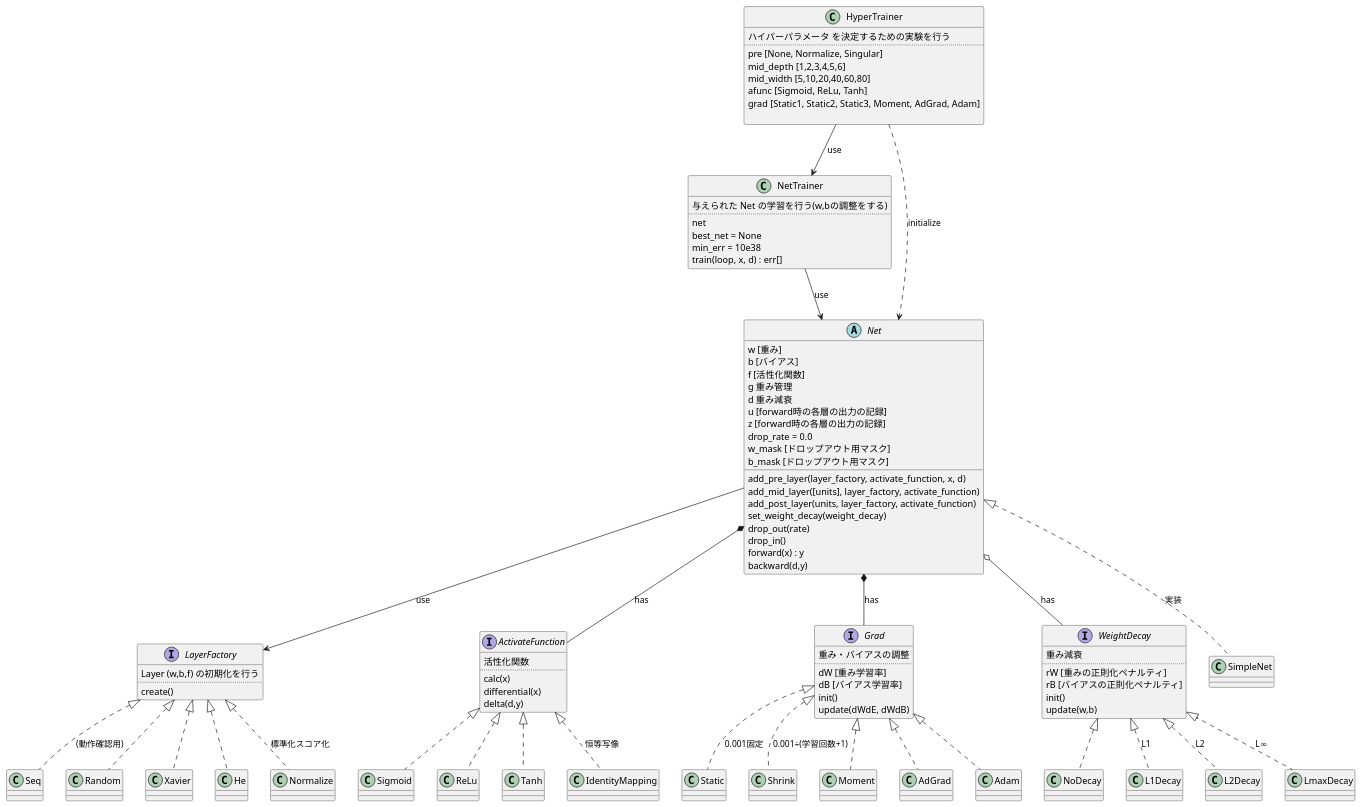
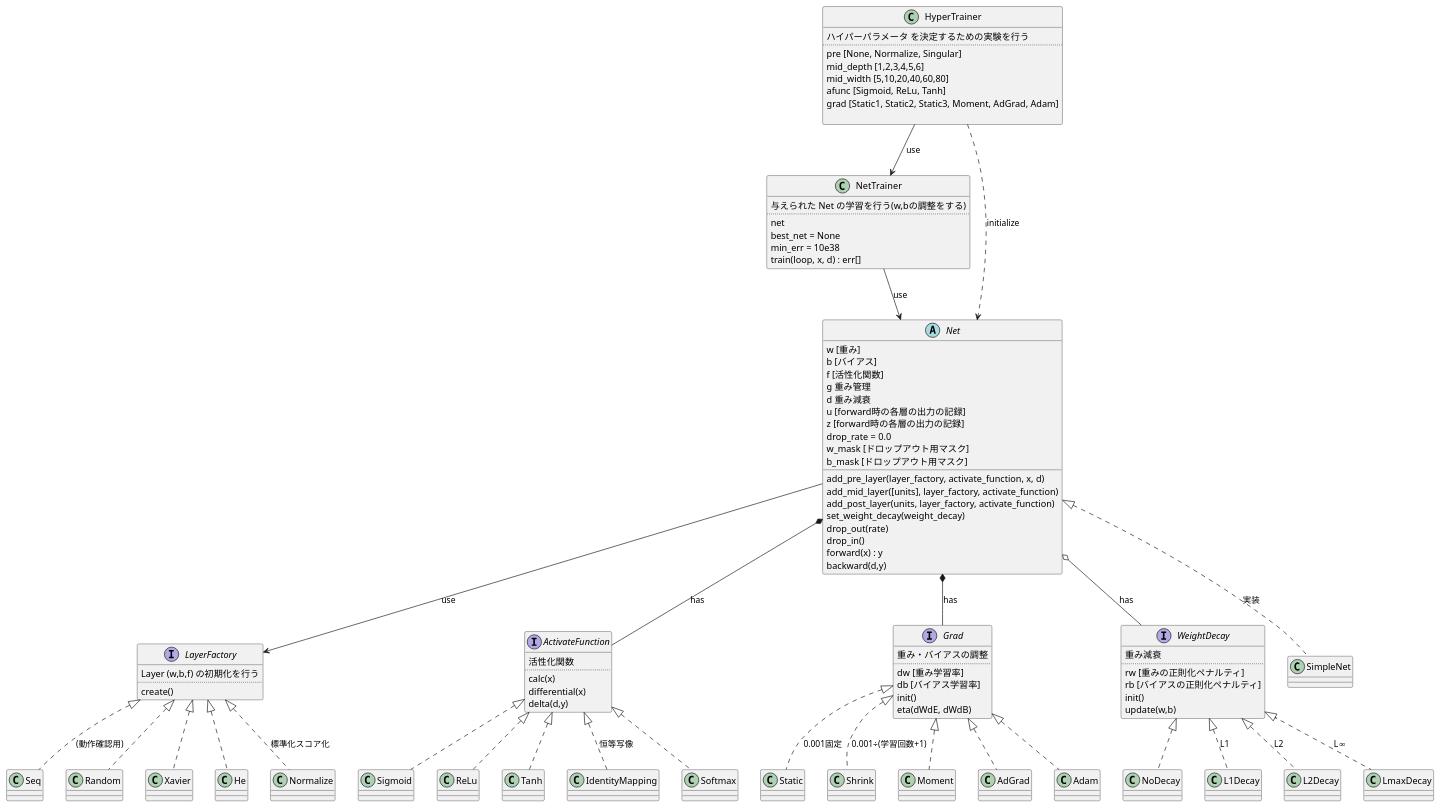
The diagram in docs/class.puml (kagyuu/ai-chan), drawn with PlantUML before and after one commit. The commit also changed 14 other files, not shown here.

```diff
--- a/docs/class.puml
+++ b/docs/class.puml
@@ -1,110 +1,111 @@
 @startuml
 
 class HyperTrainer {
   ハイパーパラメータ を決定するための実験を行う
   ..
   pre [None, Normalize, Singular]
   mid_depth [1,2,3,4,5,6]
   mid_width [5,10,20,40,60,80]
   afunc [Sigmoid, ReLu, Tanh]
   grad [Static1, Static2, Static3, Moment, AdGrad, Adam]
 
 }
 
 class NetTrainer {
   与えられた Net の学習を行う(w,bの調整をする)
   ..
   net
   best_net = None
   min_err = 10e38
   train(loop, x, d) : err[]
 }
 
 abstract class Net {
 w [重み]
 b [バイアス]
 f [活性化関数]
 g 重み管理
 d 重み減衰
 u [forward時の各層の出力の記録]
 z [forward時の各層の出力の記録]
 drop_rate = 0.0
 w_mask [ドロップアウト用マスク]
 b_mask [ドロップアウト用マスク]
 add_pre_layer(layer_factory, activate_function, x, d)
 add_mid_layer([units], layer_factory, activate_function)
 add_post_layer(units, layer_factory, activate_function)
 set_weight_decay(weight_decay)
 drop_out(rate)
 drop_in()
 forward(x) : y
 backward(d,y)
 }
 
 interface LayerFactory {
 Layer (w,b,f) の初期化を行う
 ..
 create()
 }
 
 interface ActivateFunction{
 活性化関数
 ..
 calc(x)
 differential(x)
 delta(d,y)
 }
 
 interface Grad {
 重み・バイアスの調整
 ..
-dW [重み学習率]
-dB [バイアス学習率]
+dw [重み学習率]
+db [バイアス学習率]
 init()
-update(dWdE, dWdB)
+eta(dWdE, dWdB)
 }
 
 interface WeightDecay {
 重み減衰
 ..
-rW [重みの正則化ペナルティ]
-rB [バイアスの正則化ペナルティ]
+rw [重みの正則化ペナルティ]
+rb [バイアスの正則化ペナルティ]
 init()
 update(w,b)
 }
 
 HyperTrainer --> NetTrainer :use
 HyperTrainer ..> Net : initialize
 NetTrainer --> Net : use
 
 Net *-- ActivateFunction : has
 Net *-- Grad : has
 Net o-- WeightDecay : has
 Net --> LayerFactory : use
 
 Net <|.. SimpleNet : 実装
 
 ActivateFunction <|.. Sigmoid
 ActivateFunction <|.. ReLu
 ActivateFunction <|.. Tanh
 ActivateFunction <|.. IdentityMapping : 恒等写像
+ActivateFunction <|.. Softmax
 
 LayerFactory <|.. Seq : (動作確認用)
 LayerFactory <|.. Random
 LayerFactory <|.. Xavier
 LayerFactory <|.. He
 LayerFactory <|.. Normalize : 標準化スコア化
 
 Grad <|.. Static : 0.001固定
 Grad <|.. Shrink : 0.001÷(学習回数+1)
 Grad <|.. Moment
 Grad <|.. AdGrad
 Grad <|.. Adam
 
 WeightDecay <|.. NoDecay
 WeightDecay <|.. L1Decay : L1
 WeightDecay <|.. L2Decay : L2
 WeightDecay <|.. LmaxDecay : L∞
 
 
 @enduml
```
